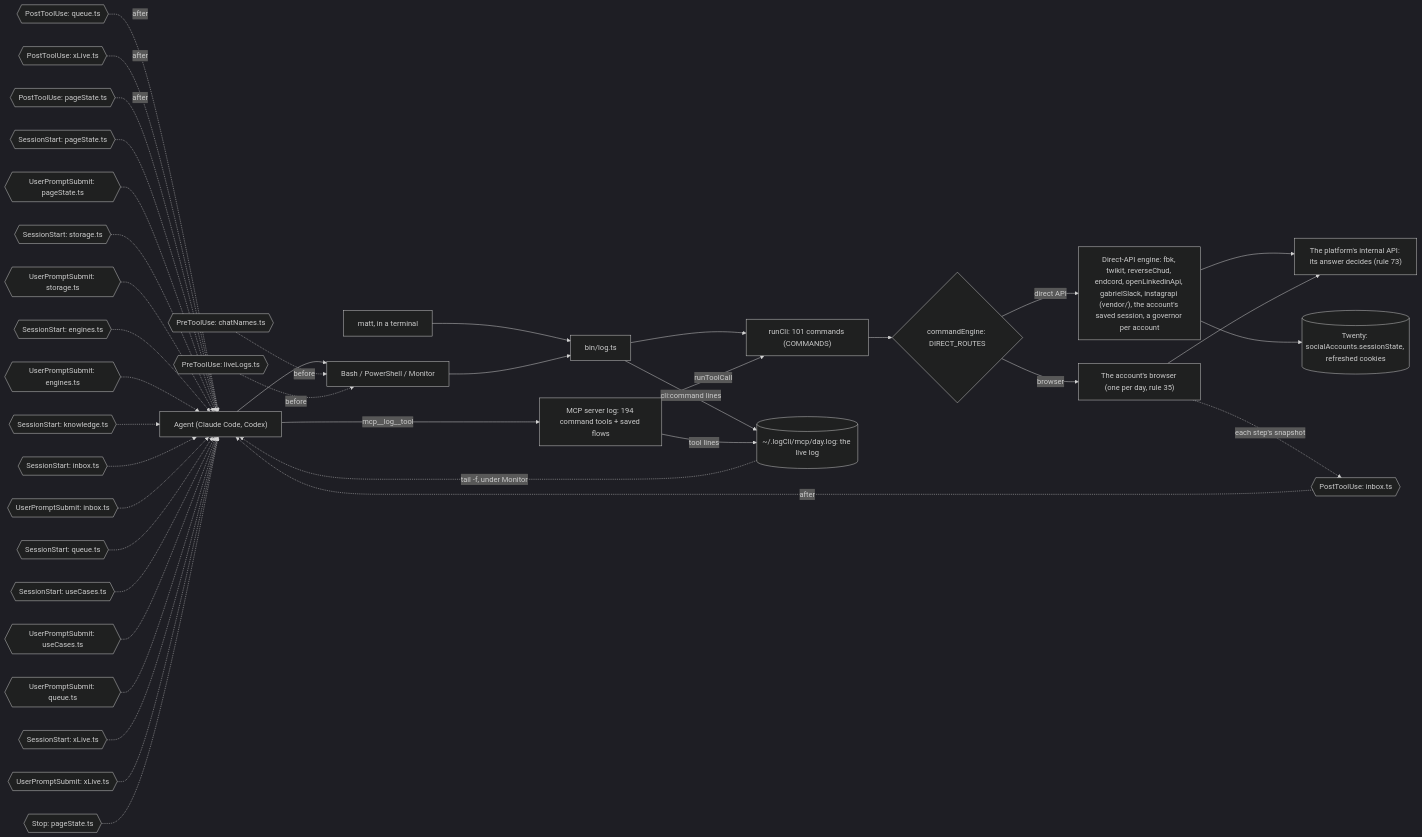
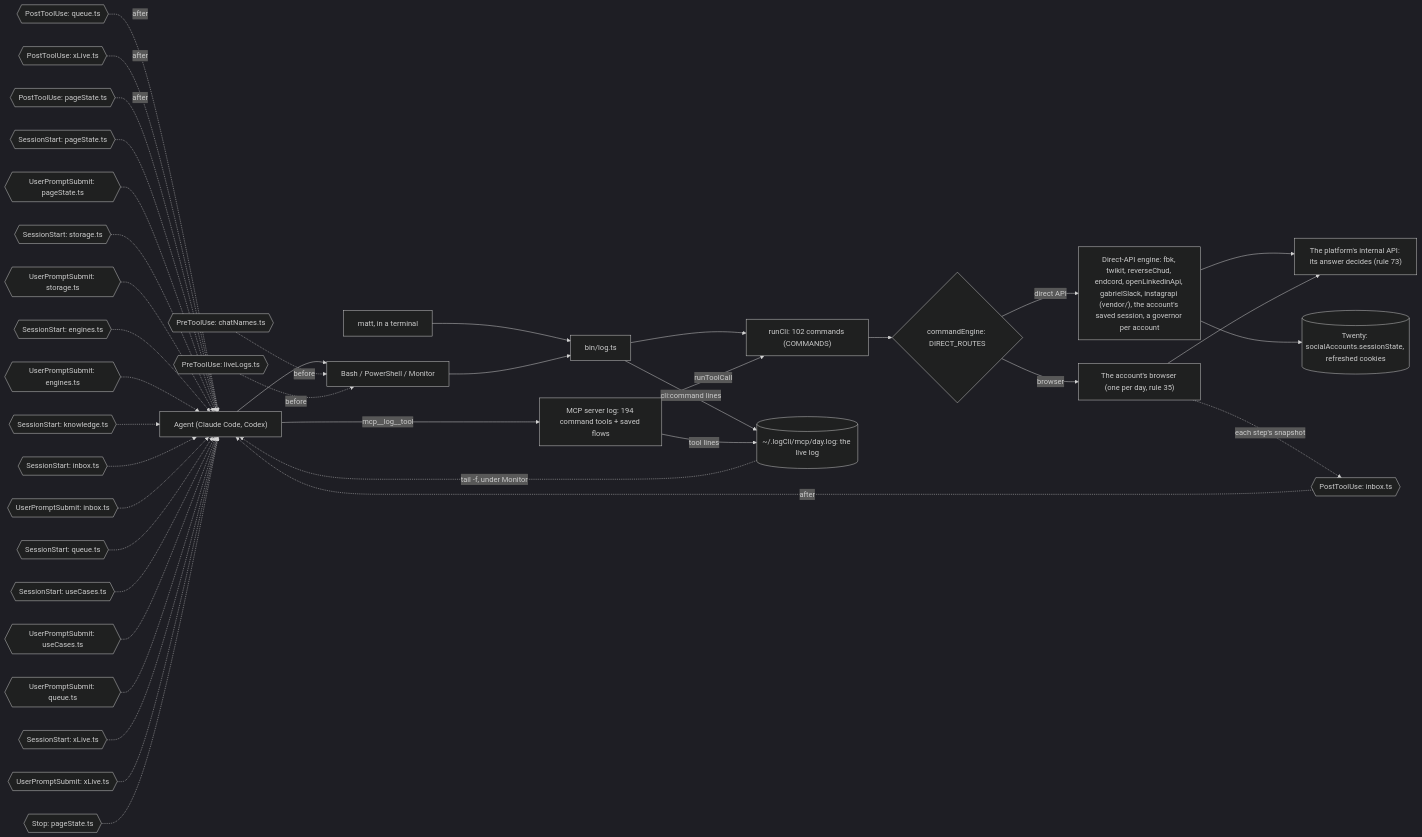
Before and after one commit to matthewdonsemail-lab/log: the diagram in docs/diagrams/surface.mmd, drawn with Mermaid (dark theme). The commit also changed 17 other files, not shown here.

```diff
--- a/docs/diagrams/surface.mmd
+++ b/docs/diagrams/surface.mmd
@@ -1,53 +1,53 @@
 %% How a call reaches log-cli. From a shell or over MCP, both run the same commands through `runCli`, write the same live log, and pass through the same hooks. `commandEngine` sends each command to the platform's direct API or to the account's browser.
 %% Written by `bun run docs:build` from the code (rule 56). Not edited by hand.
 flowchart LR
   agent["Agent (Claude Code, Codex)"]
   matt["matt, in a terminal"]
   shell["Bash / PowerShell / Monitor"]
   mcp["MCP server log: 194 command tools + saved flows"]
   bin["bin/log.ts"]
-  runCli["runCli: 101 commands (COMMANDS)"]
+  runCli["runCli: 102 commands (COMMANDS)"]
   live[("~/.logCli/mcp/day.log: the live log")]
   engine{"commandEngine: DIRECT_ROUTES"}
   direct["Direct-API engine: fbk, twikit, reverseChud, endcord, openLinkedinApi, gabrielSlack, instagrapi (vendor/), the account's saved session, a governor per account"]
   browser["The account's browser (one per day, rule 35)"]
   api["The platform's internal API: its answer decides (rule 73)"]
   twenty[("Twenty: socialAccounts.sessionState, refreshed cookies")]
   agent --> shell
   matt --> bin
   shell --> bin
   agent -->|mcp__log__tool| mcp
   bin --> runCli
   mcp -->|runToolCall| runCli
   runCli --> engine
   engine -->|direct API| direct
   engine -->|browser| browser
   direct --> api
   browser --> api
   direct --> twenty
   bin -->|cli:command lines| live
   mcp -->|tool lines| live
   live -.->|tail -f, under Monitor| agent
   pre0{{"PreToolUse: chatNames.ts"}} -.->|before| shell
   pre1{{"PreToolUse: liveLogs.ts"}} -.->|before| shell
   post0{{"PostToolUse: inbox.ts"}} -.->|after| agent
   post1{{"PostToolUse: queue.ts"}} -.->|after| agent
   post2{{"PostToolUse: xLive.ts"}} -.->|after| agent
   post3{{"PostToolUse: pageState.ts"}} -.->|after| agent
   turn0{{"SessionStart: pageState.ts"}} -.-> agent
   turn1{{"UserPromptSubmit: pageState.ts"}} -.-> agent
   turn2{{"SessionStart: storage.ts"}} -.-> agent
   turn3{{"UserPromptSubmit: storage.ts"}} -.-> agent
   turn4{{"SessionStart: engines.ts"}} -.-> agent
   turn5{{"UserPromptSubmit: engines.ts"}} -.-> agent
   turn6{{"SessionStart: knowledge.ts"}} -.-> agent
   turn7{{"SessionStart: inbox.ts"}} -.-> agent
   turn8{{"UserPromptSubmit: inbox.ts"}} -.-> agent
   turn9{{"SessionStart: queue.ts"}} -.-> agent
   turn10{{"SessionStart: useCases.ts"}} -.-> agent
   turn11{{"UserPromptSubmit: useCases.ts"}} -.-> agent
   turn12{{"UserPromptSubmit: queue.ts"}} -.-> agent
   turn13{{"SessionStart: xLive.ts"}} -.-> agent
   turn14{{"UserPromptSubmit: xLive.ts"}} -.-> agent
   turn15{{"Stop: pageState.ts"}} -.-> agent
   browser -.->|each step's snapshot| post0
```
